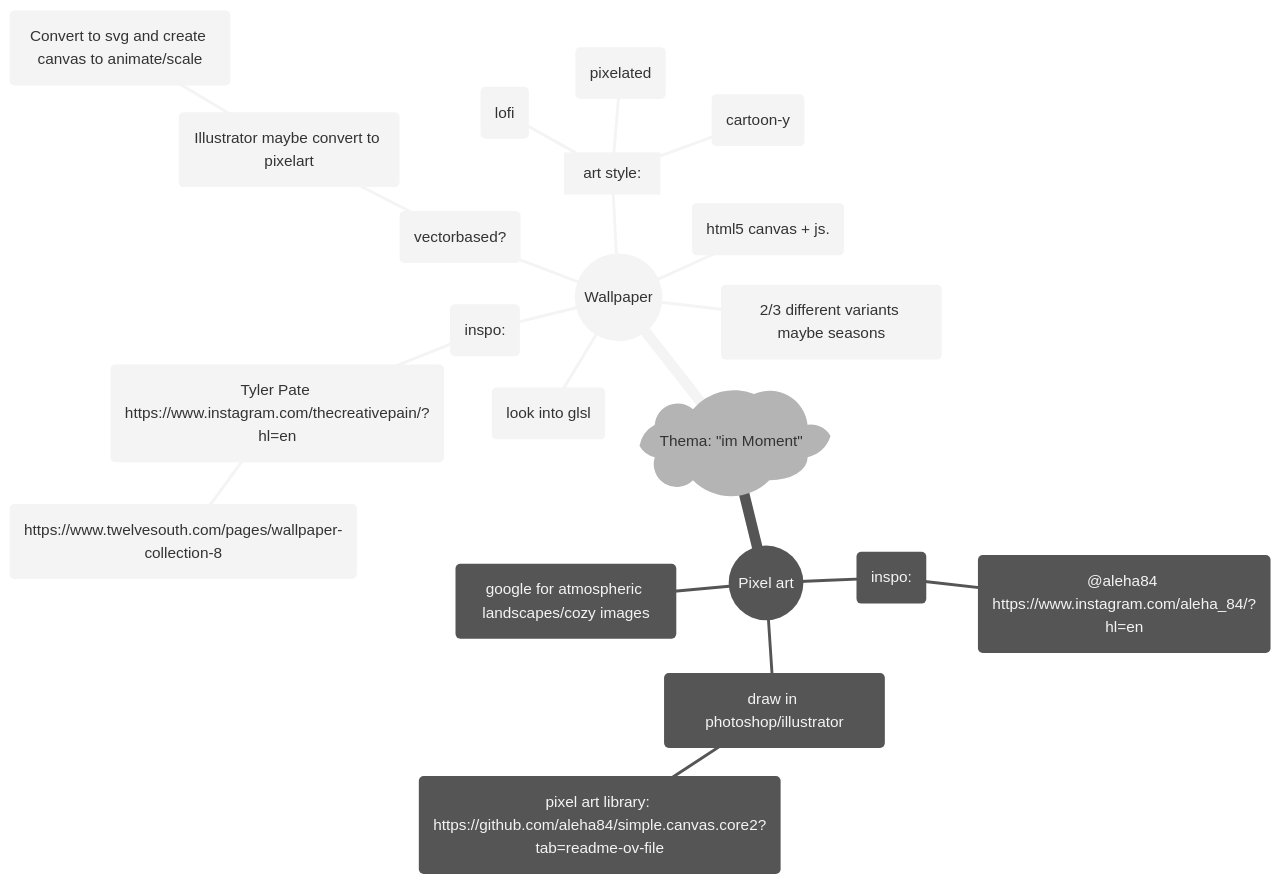
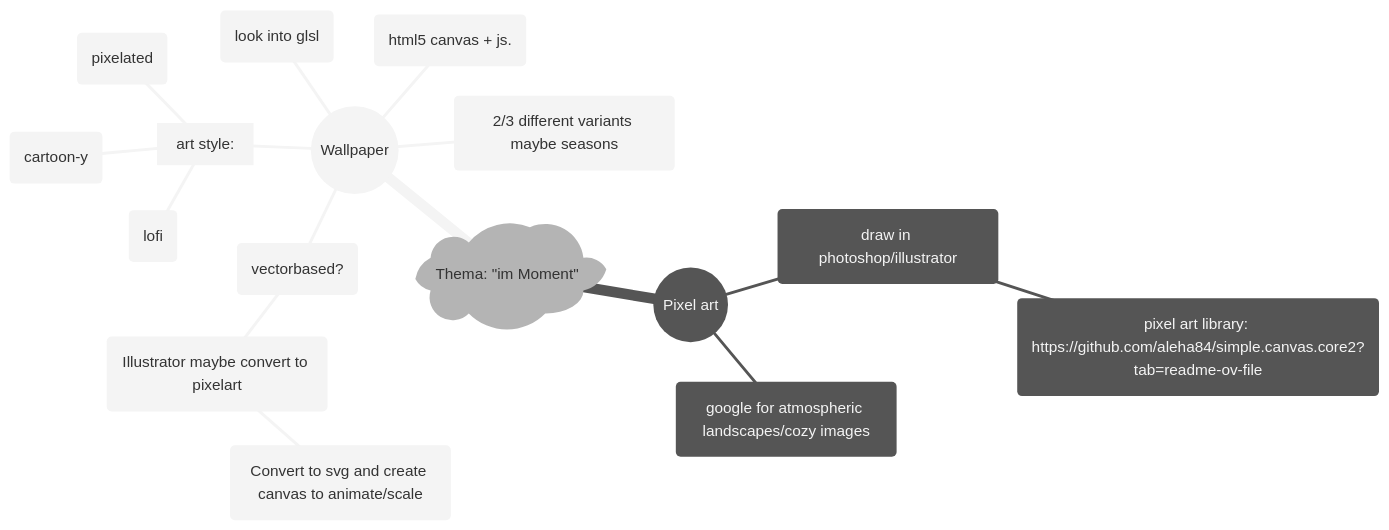
Before and after one commit to flononymus/im-Moment-enzian-: the diagram in README.md, drawn with Mermaid (neutral theme).

````diff
--- a/README.md
+++ b/README.md
@@ -10,37 +10,29 @@
 ```mermaid
 mindmap
     )Thema: "im Moment"(
 
         ((Wallpaper))
-        
-            (inspo:)
-                (Tyler Pate https://www.instagram.com/thecreativepain/?hl=en)
-                    (https://www.twelvesouth.com/pages/wallpaper-collection-8)
-
             (vectorbased?)
                 (Illustrator maybe convert to pixelart)
                     (Convert to svg and create canvas to animate/scale)
 
             [art style:] 
                 (cartoon-y)
                 (pixelated)
                 ("lofi")
 
             (2/3 different variants maybe seasons)
 
             (look into glsl)
 
             (html5 canvas + js.)
 
         ((Pixel art))
 
-            (inspo:)
-                (@aleha84 https://www.instagram.com/aleha_84/?hl=en)
-
             (draw in photoshop/illustrator)
                 (pixel art library: https://github.com/aleha84/simple.canvas.core2?tab=readme-ov-file)
 
             (google for atmospheric landscapes/cozy images)
 
 
 ```
````
